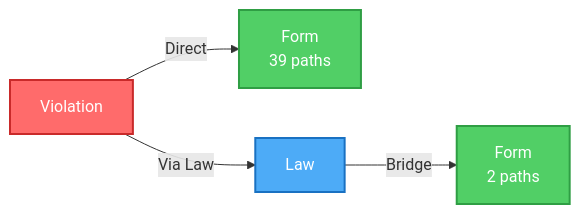
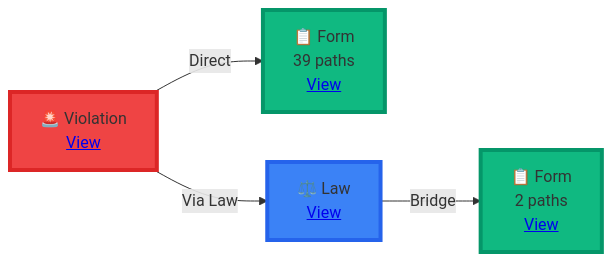
Before and after one commit to 1digitaldesign/kettler-data-analysis: the second of 6 diagrams in data/processed/GRAPH_THEORY_ANALYSIS_SUMMARY.md, drawn with Mermaid. The commit also changed other lines of this file and 8 other files, not shown here.

First line of the commit message:
fix: Improve dark mode contrast and add interactive elements to diagrams

````diff
--- a/data/processed/GRAPH_THEORY_ANALYSIS_SUMMARY.md
+++ b/data/processed/GRAPH_THEORY_ANALYSIS_SUMMARY.md
@@ -62,10 +62,10 @@
 ```mermaid
 flowchart LR
-    V[Violation] -->|Direct| F1[Form<br/>39 paths]
-    V -->|Via Law| L[Law] -->|Bridge| F2[Form<br/>2 paths]
+    V["🚨 Violation<br/><a href='data/processed/extracted_violations.json'>View</a>"] -->|Direct| F1["📋 Form<br/>39 paths<br/><a href='data/processed/integrated_violations_with_laws.json'>View</a>"]
+    V -->|Via Law| L["⚖️ Law<br/><a href='ref/law/'>View</a>"] -->|Bridge| F2["📋 Form<br/>2 paths<br/><a href='data/processed/integrated_violations_with_laws.json'>View</a>"]
 
-    style V fill:#ff6b6b,stroke:#c92a2a,stroke-width:2px,color:#fff
-    style L fill:#4dabf7,stroke:#1971c2,stroke-width:2px,color:#fff
-    style F1 fill:#51cf66,stroke:#2f9e44,stroke-width:2px,color:#fff
-    style F2 fill:#51cf66,stroke:#2f9e44,stroke-width:2px,color:#fff
+    style V fill:#ef4444,stroke:#dc2626,stroke-width:4px
+    style L fill:#3b82f6,stroke:#2563eb,stroke-width:4px
+    style F1 fill:#10b981,stroke:#059669,stroke-width:4px
+    style F2 fill:#10b981,stroke:#059669,stroke-width:4px
 ```
````
